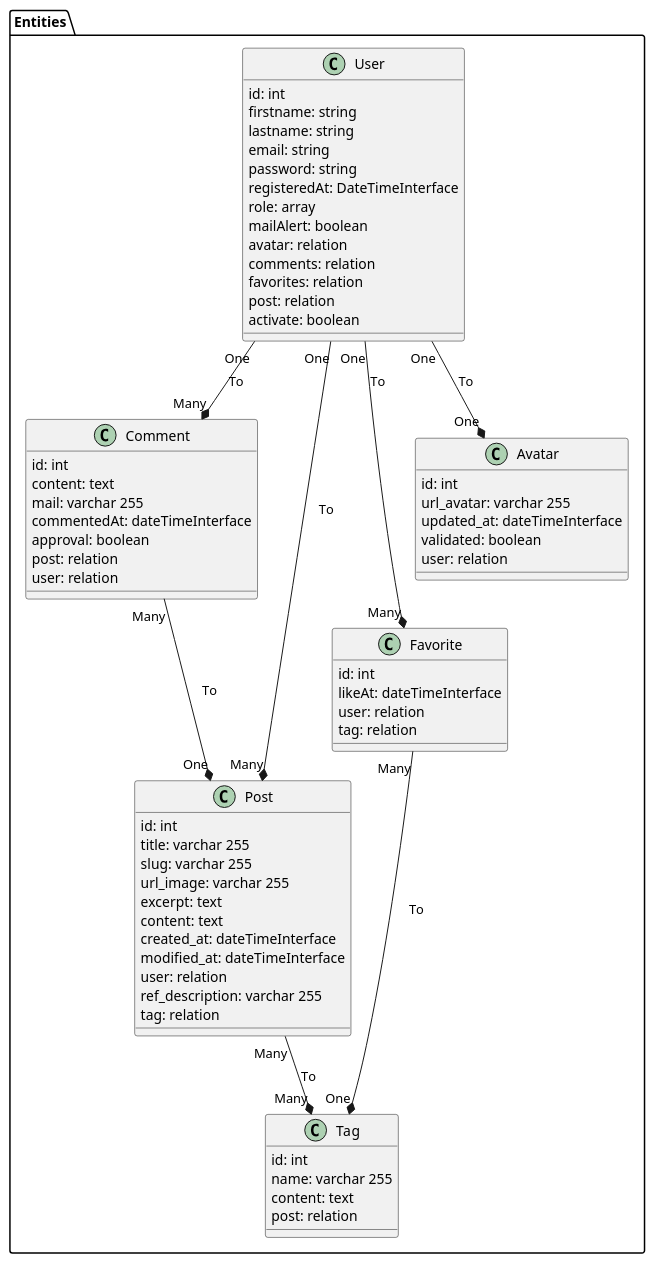
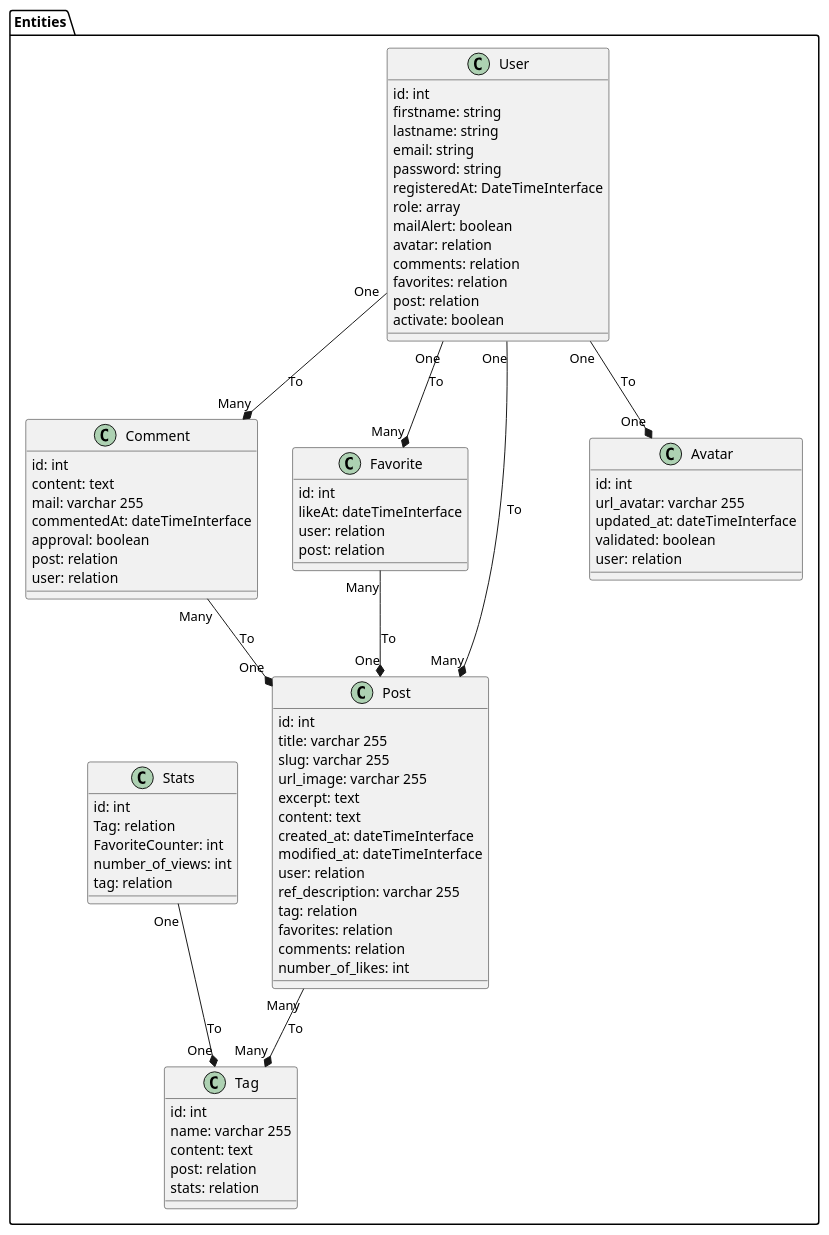
Before and after one commit to SylvainGUERRIN/front2back: the diagram in docs/uml/bdd/entities-diagram.puml, drawn with PlantUML.

Commit message:
add stats entity and changes on favorites

```diff
--- a/docs/uml/bdd/entities-diagram.puml
+++ b/docs/uml/bdd/entities-diagram.puml
@@ -1,75 +1,88 @@
 @startuml
 package "Entities" #FFF {
     class User {
         {field} id: int
         {field} firstname: string
         {field} lastname: string
         {field} email: string
         {field} password: string
         {field} registeredAt: DateTimeInterface
         {field} role: array
         {field} mailAlert: boolean
         {field} avatar: relation
         {field} comments: relation
         {field} favorites: relation
         {field} post: relation
         {field} activate: boolean
     }
 
     class Comment {
         {field} id: int
         {field} content: text
         {field} mail: varchar 255
         {field} commentedAt: dateTimeInterface
         {field} approval: boolean
         {field} post: relation
         {field} user: relation
     }
 
     class Favorite {
         {field} id: int
         {field} likeAt: dateTimeInterface
         {field} user: relation
-        {field} tag: relation
+        {field} post: relation
     }
 
     class Post {
         {field} id: int
         {field} title: varchar 255
         {field} slug: varchar 255
         {field} url_image: varchar 255
         {field} excerpt: text
         {field} content: text
         {field} created_at: dateTimeInterface
         {field} modified_at: dateTimeInterface
         {field} user: relation
         {field} ref_description: varchar 255
         {field} tag: relation
+        {field} favorites: relation
+        {field} comments: relation
+        {field} number_of_likes: int
     }
 
     class Tag {
         {field} id: int
         {field} name: varchar 255
         {field} content: text
         {field} post: relation
+        {field} stats: relation
+    }
+
+    class Stats {
+        {field} id: int
+        {field} Tag: relation
+        {field} FavoriteCounter: int
+        {field} number_of_views: int
+        {field} tag: relation
     }
 
     class Avatar {
         {field} id: int
         {field} url_avatar: varchar 255
         {field} updated_at: dateTimeInterface
         {field} validated: boolean
         {field} user: relation
     }
 
     User "One" --* "Many" Post : To
     User "One" --* "Many" Comment : To
     User "One" --* "Many" Favorite : To
     User "One" --* "One" Avatar : To
 
-    Favorite "Many" --* "One" Tag : To
+    Favorite "Many" --* "One" Post : To
+    Stats "One" --* "One" Tag : To
     Post "Many" --* "Many" Tag : To
 
     Comment "Many" --* "One" Post : To
 }
 @enduml
```
